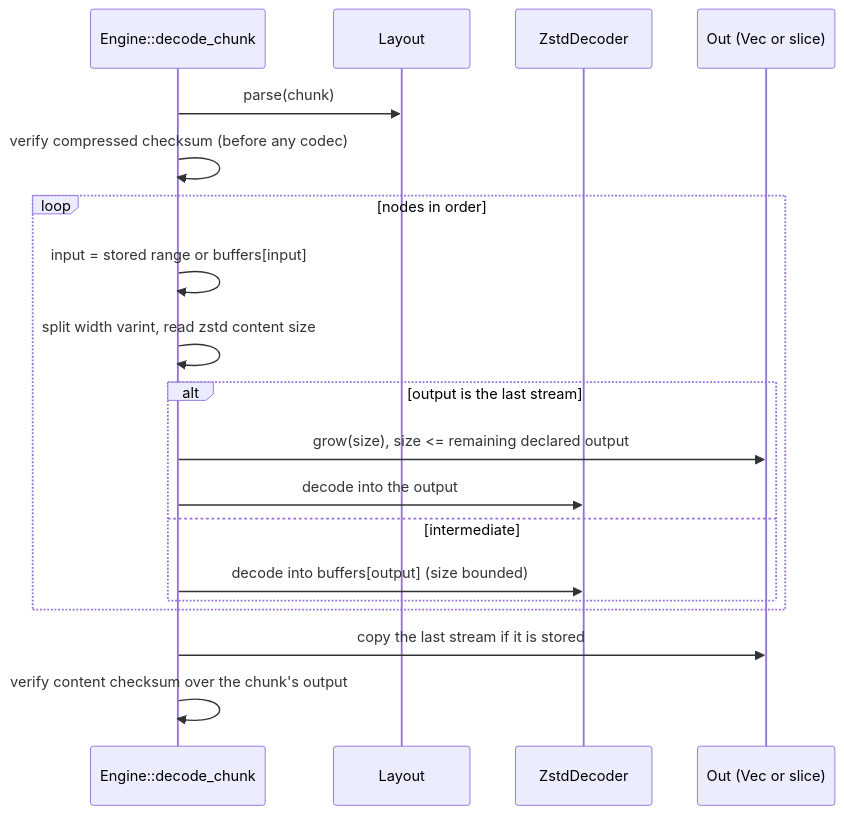
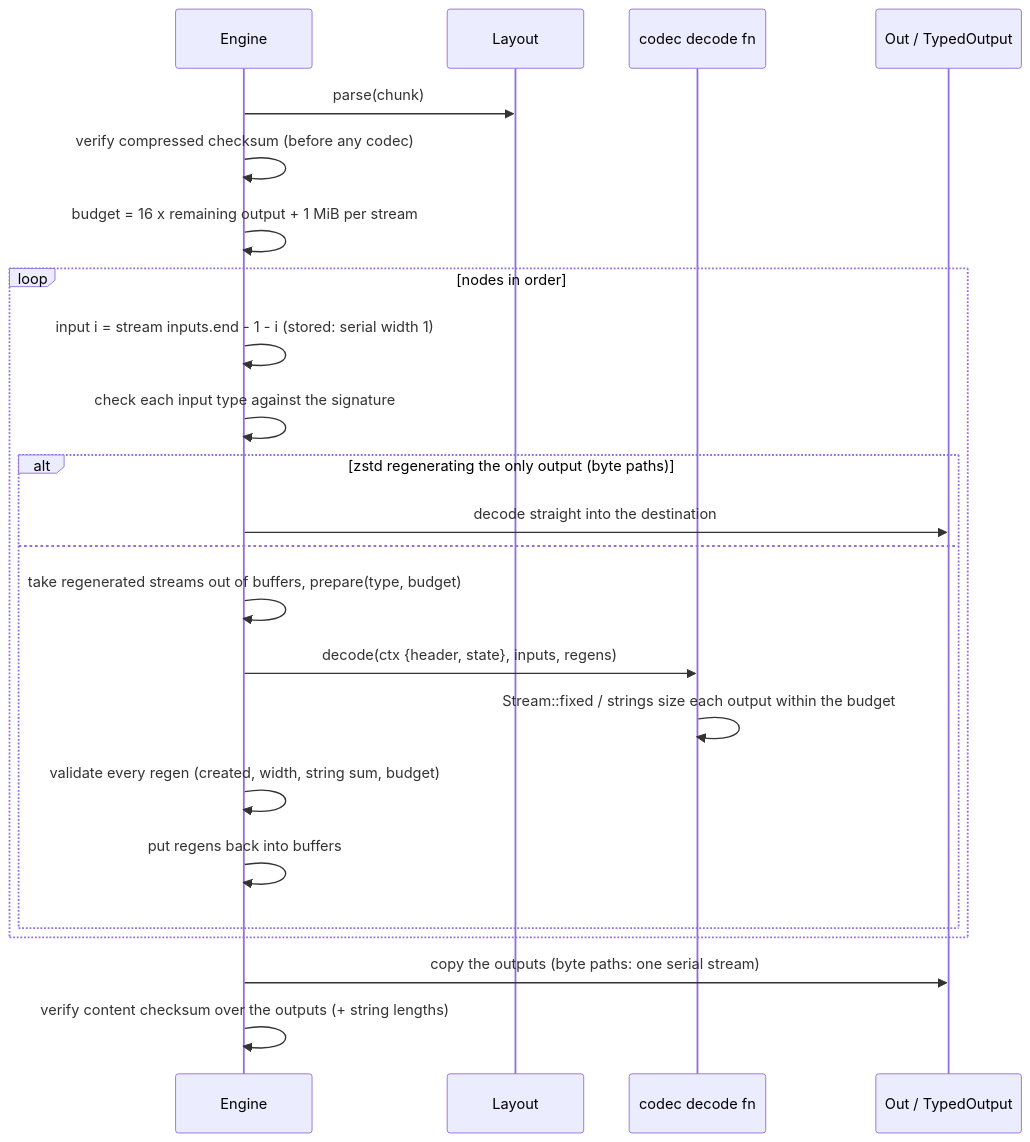
Before and after one commit to M-Compressors/mopenzl: the third of 6 diagrams in architecture/decompressor.md, drawn with Mermaid. The commit also changed other lines of this file and 784 other files, not shown here.

Commit message:
Support graph with all codecs

````diff
--- a/architecture/decompressor.md
+++ b/architecture/decompressor.md
@@ -70,21 +94,25 @@
 ```mermaid
 sequenceDiagram
-    participant E as Engine::decode_chunk
+    participant E as Engine
     participant L as Layout
-    participant Z as ZstdDecoder
-    participant O as Out (Vec or slice)
+    participant C as codec decode fn
+    participant O as Out / TypedOutput
     E->>L: parse(chunk)
     E->>E: verify compressed checksum (before any codec)
+    E->>E: budget = 16 x remaining output + 1 MiB per stream
     loop nodes in order
-        E->>E: input = stored range or buffers[input]
-        E->>E: split width varint, read zstd content size
-        alt output is the last stream
-            E->>O: grow(size), size <= remaining declared output
-            E->>Z: decode into the output
-        else intermediate
-            E->>Z: decode into buffers[output] (size bounded)
+        E->>E: input i = stream inputs.end - 1 - i (stored: serial width 1)
+        E->>E: check each input type against the signature
+        alt zstd regenerating the only output (byte paths)
+            E->>O: decode straight into the destination
+        else
+            E->>E: take regenerated streams out of buffers, prepare(type, budget)
+            E->>C: decode(ctx {header, state}, inputs, regens)
+            C->>C: Stream::fixed / strings size each output within the budget
+            E->>E: validate every regen (created, width, string sum, budget)
+            E->>E: put regens back into buffers
         end
     end
-    E->>O: copy the last stream if it is stored
-    E->>E: verify content checksum over the chunk's output
+    E->>O: copy the outputs (byte paths: one serial stream)
+    E->>E: verify content checksum over the outputs (+ string lengths)
 ```
````
